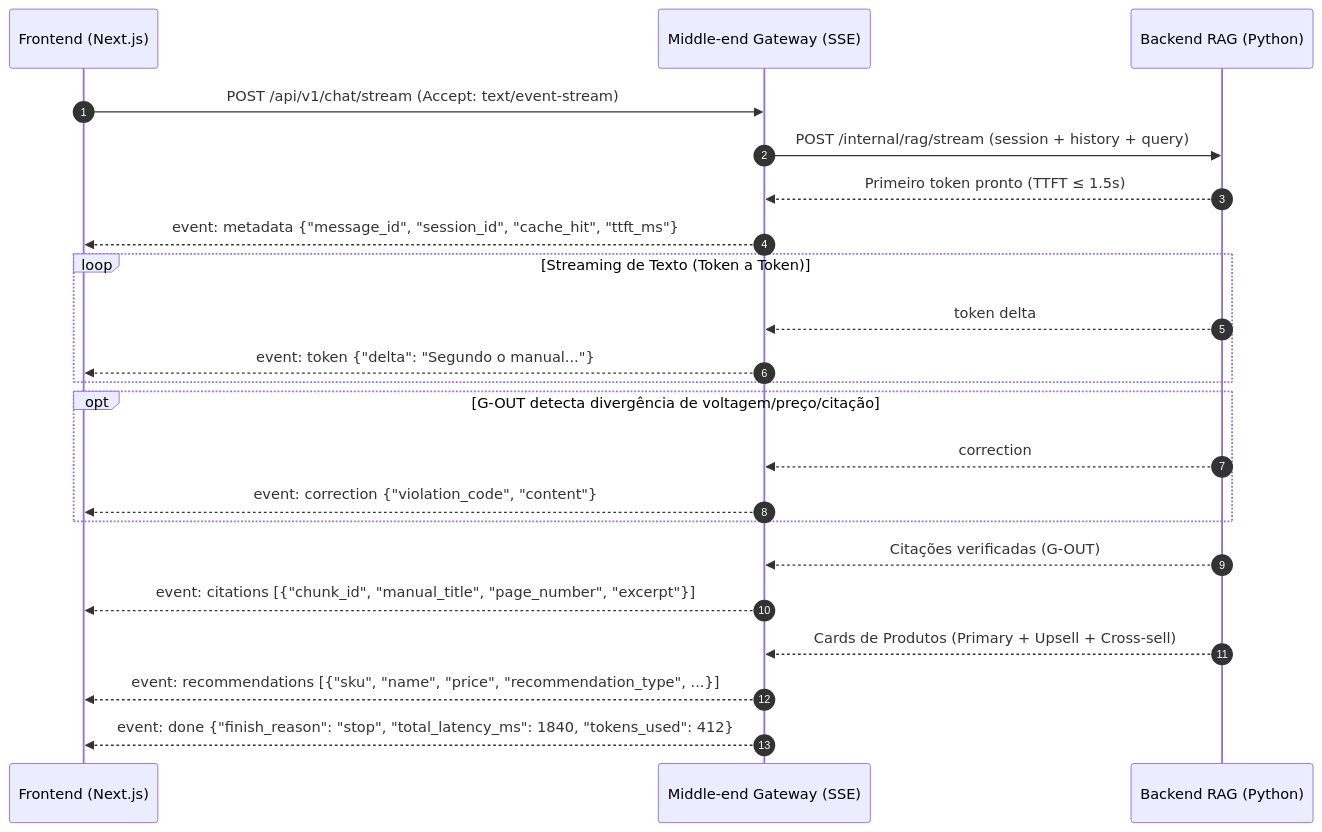
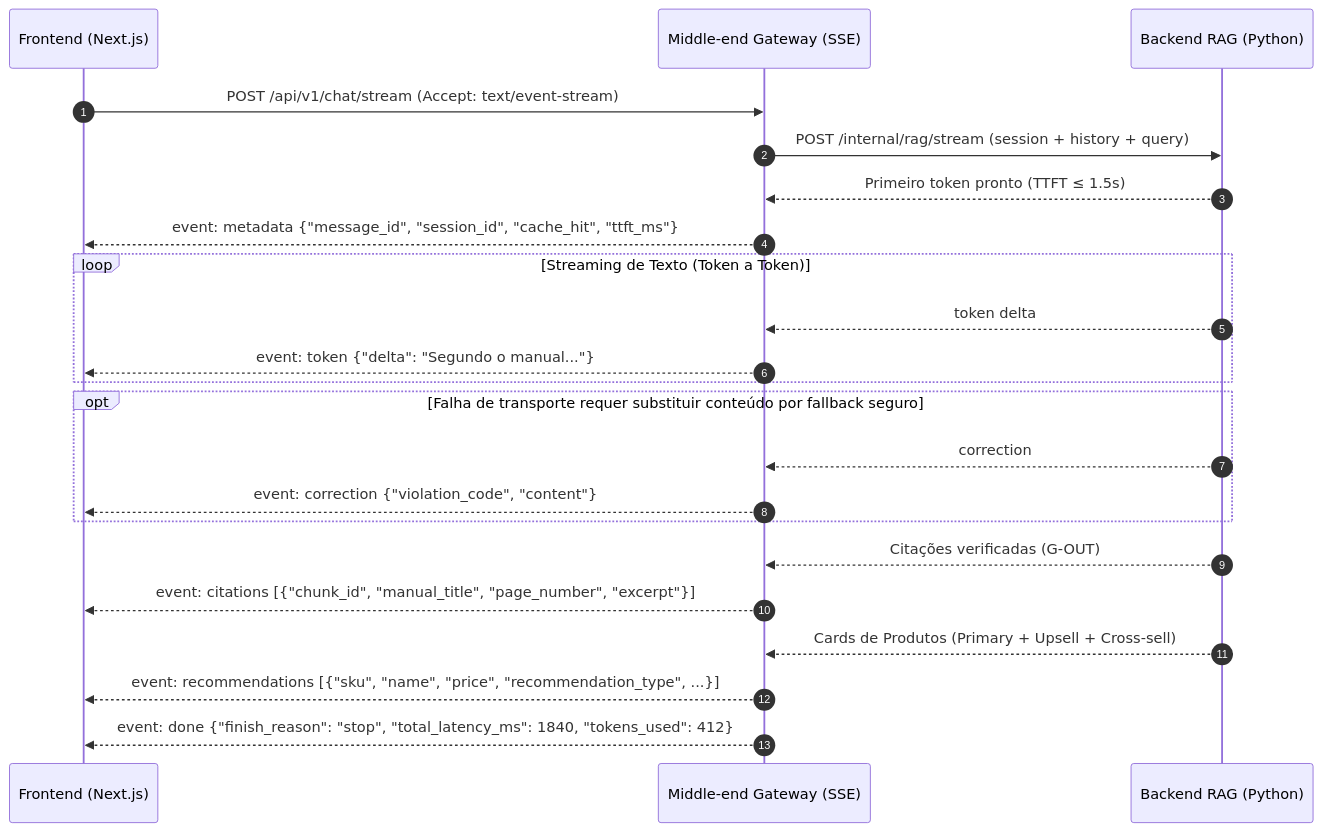
The diagram in specs/architecture/03_openapi_and_sse_contracts.md (rodrigololr/smartsales_rag), drawn with Mermaid before and after one commit. The commit also changed other lines of this file and 23 other files, not shown here.

````diff
--- a/specs/architecture/03_openapi_and_sse_contracts.md
+++ b/specs/architecture/03_openapi_and_sse_contracts.md
@@ -41,25 +43,25 @@
 ```mermaid
 sequenceDiagram
     autonumber
     participant FE as Frontend (Next.js)
     participant GW as Middle-end Gateway (SSE)
     participant BE as Backend RAG (Python)
 
     FE->>GW: POST /api/v1/chat/stream (Accept: text/event-stream)
     GW->>BE: POST /internal/rag/stream (session + history + query)
     BE-->>GW: Primeiro token pronto (TTFT ≤ 1.5s)
     GW-->>FE: event: metadata {"message_id", "session_id", "cache_hit", "ttft_ms"}
     loop Streaming de Texto (Token a Token)
         BE-->>GW: token delta
         GW-->>FE: event: token {"delta": "Segundo o manual..."}
     end
-    opt G-OUT detecta divergência de voltagem/preço/citação
+    opt Falha de transporte requer substituir conteúdo por fallback seguro
         BE-->>GW: correction
         GW-->>FE: event: correction {"violation_code", "content"}
     end
     BE-->>GW: Citações verificadas (G-OUT)
     GW-->>FE: event: citations [{"chunk_id", "manual_title", "page_number", "excerpt"}]
     BE-->>GW: Cards de Produtos (Primary + Upsell + Cross-sell)
     GW-->>FE: event: recommendations [{"sku", "name", "price", "recommendation_type", ...}]
     GW-->>FE: event: done {"finish_reason": "stop", "total_latency_ms": 1840, "tokens_used": 412}
 ```
````
